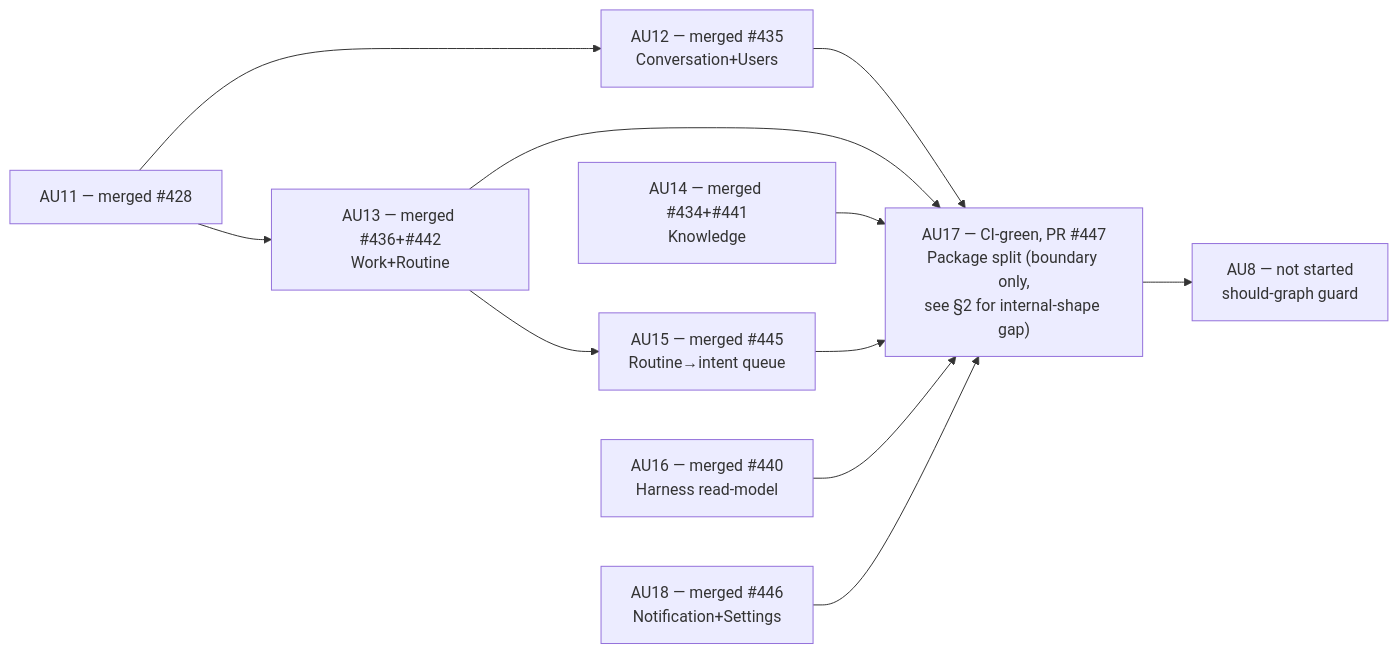
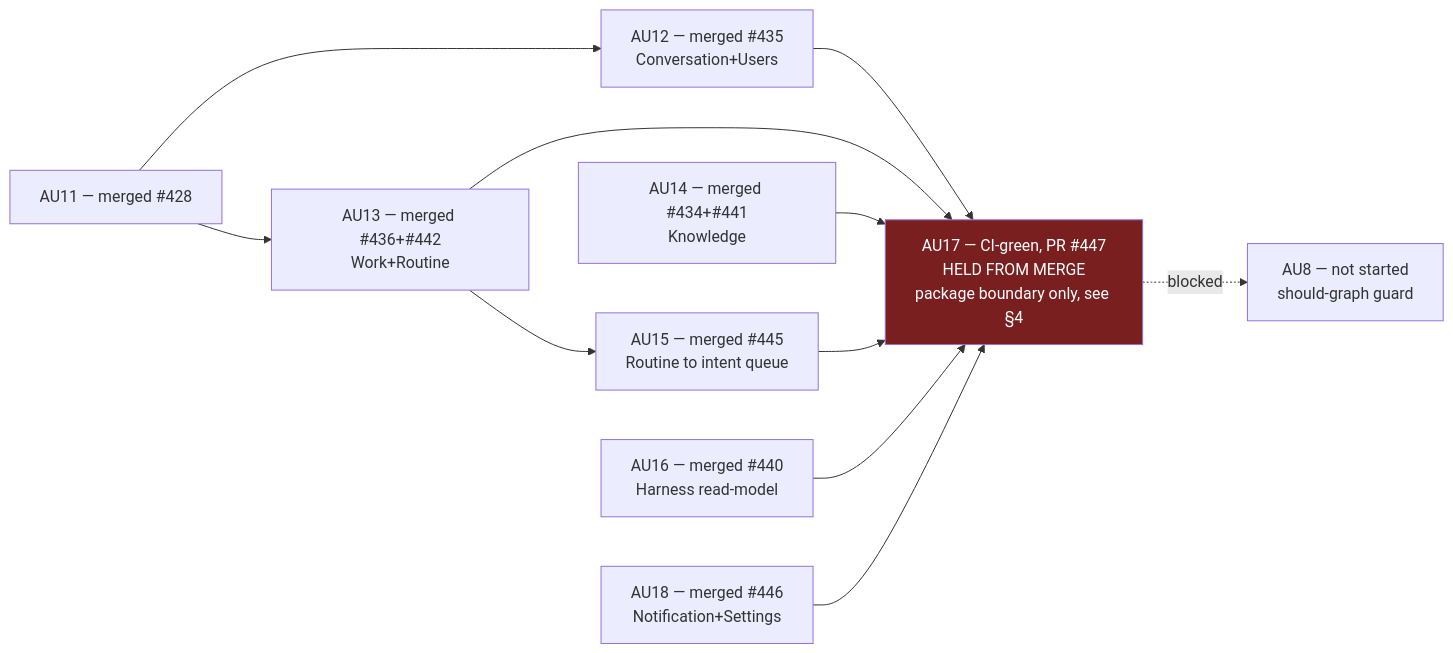
Before and after one commit to idle-builders/hyperidle: the fourth of 6 diagrams in plans/strategy-kernel-plugin-split/as-is-vs-should-dependency-graph.md, drawn with Mermaid. The commit also changed other lines of this file, not shown here.

First line of the commit message:
docs(AU): restore original As-Is/As-Should graphs, convert all tables to graphs/trees

````diff
--- a/plans/strategy-kernel-plugin-split/as-is-vs-should-dependency-graph.md
+++ b/plans/strategy-kernel-plugin-split/as-is-vs-should-dependency-graph.md
@@ -214,16 +262,18 @@
 ```mermaid
 flowchart LR
-  AU11["AU11 — merged #428"] --> AU12["AU12 — merged #435\nConversation+Users"]
-  AU11 --> AU13["AU13 — merged #436+#442\nWork+Routine"]
-  AU13 --> AU15["AU15 — merged #445\nRoutine→intent queue"]
-  AU14["AU14 — merged #434+#441\nKnowledge"]
-  AU16["AU16 — merged #440\nHarness read-model"]
-  AU18["AU18 — merged #446\nNotification+Settings"]
-  AU12 --> AU17["AU17 — CI-green, PR #447\nPackage split (boundary only,\nsee §2 for internal-shape gap)"]
+  AU11[AU11 — merged #428] --> AU12[AU12 — merged #435<br/>Conversation+Users]
+  AU11 --> AU13[AU13 — merged #436+#442<br/>Work+Routine]
+  AU13 --> AU15[AU15 — merged #445<br/>Routine to intent queue]
+  AU14[AU14 — merged #434+#441<br/>Knowledge]
+  AU16[AU16 — merged #440<br/>Harness read-model]
+  AU18[AU18 — merged #446<br/>Notification+Settings]
+  AU12 --> AU17["AU17 — CI-green, PR #447<br/>HELD FROM MERGE<br/>package boundary only, see §4"]
   AU13 --> AU17
   AU14 --> AU17
   AU15 --> AU17
   AU16 --> AU17
   AU18 --> AU17
-  AU17 --> AU8["AU8 — not started\nshould-graph guard"]
+  AU17 -.blocked.-> AU8[AU8 — not started<br/>should-graph guard]
+
+  style AU17 fill:#7a1f1f,color:#fff
 ```
````
